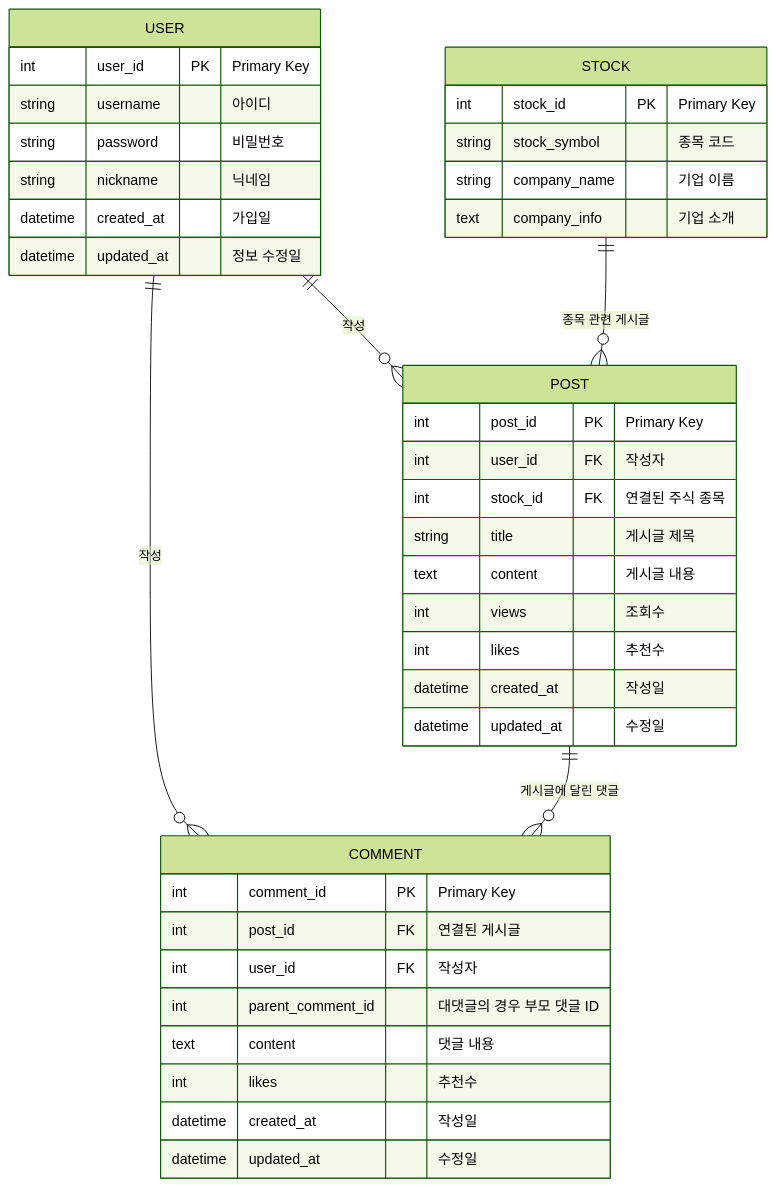
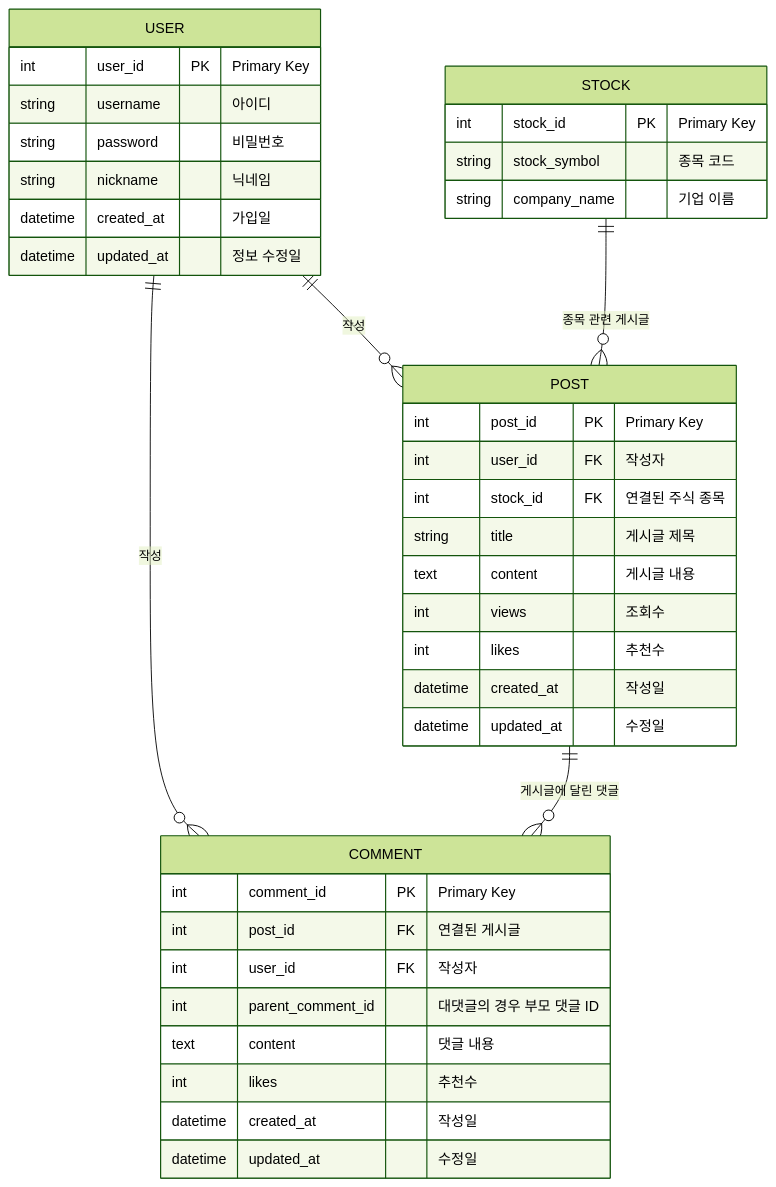
Before and after one commit to Donggyu-Kim1/stalk: the third of 3 diagrams in README.md, drawn with Mermaid (forest theme). The commit also changed 4 other files, not shown here.

````diff
--- a/README.md
+++ b/README.md
@@ -257,46 +257,45 @@
 ```mermaid
 erDiagram
     USER {
         int user_id PK "Primary Key"
         string username "아이디"
         string password "비밀번호"
         string nickname "닉네임"
         datetime created_at "가입일"
         datetime updated_at "정보 수정일"
     }
 
     POST {
         int post_id PK "Primary Key"
         int user_id FK "작성자"
         int stock_id FK "연결된 주식 종목"
         string title "게시글 제목"
         text content "게시글 내용"
         int views "조회수"
         int likes "추천수"
         datetime created_at "작성일"
         datetime updated_at "수정일"
     }
 
     COMMENT {
         int comment_id PK "Primary Key"
         int post_id FK "연결된 게시글"
         int user_id FK "작성자"
         int parent_comment_id "대댓글의 경우 부모 댓글 ID"
         text content "댓글 내용"
         int likes "추천수"
         datetime created_at "작성일"
         datetime updated_at "수정일"
     }
 
     STOCK {
         int stock_id PK "Primary Key"
         string stock_symbol "종목 코드"
         string company_name "기업 이름"
-        text company_info "기업 소개"
     }
 
     USER ||--o{ POST : "작성"
     USER ||--o{ COMMENT : "작성"
     POST ||--o{ COMMENT : "게시글에 달린 댓글"
     STOCK ||--o{ POST : "종목 관련 게시글"
 ```
````
